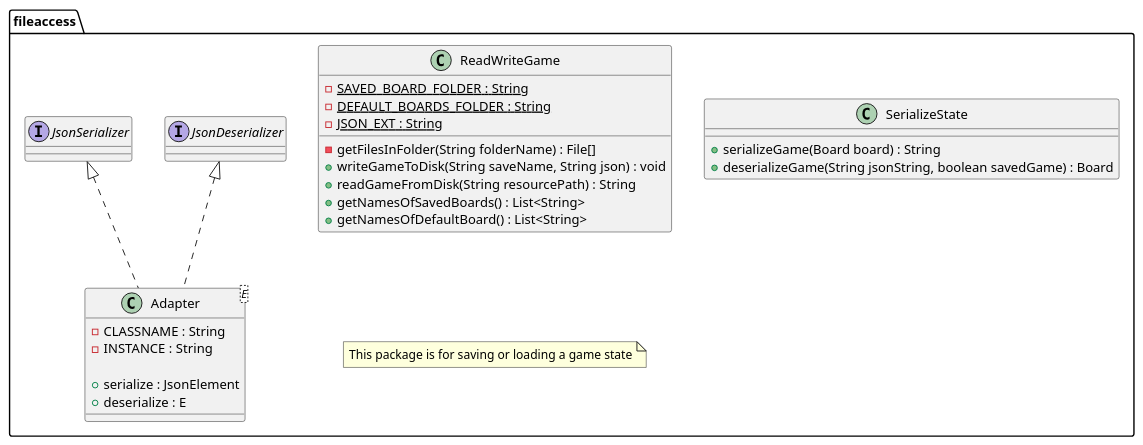
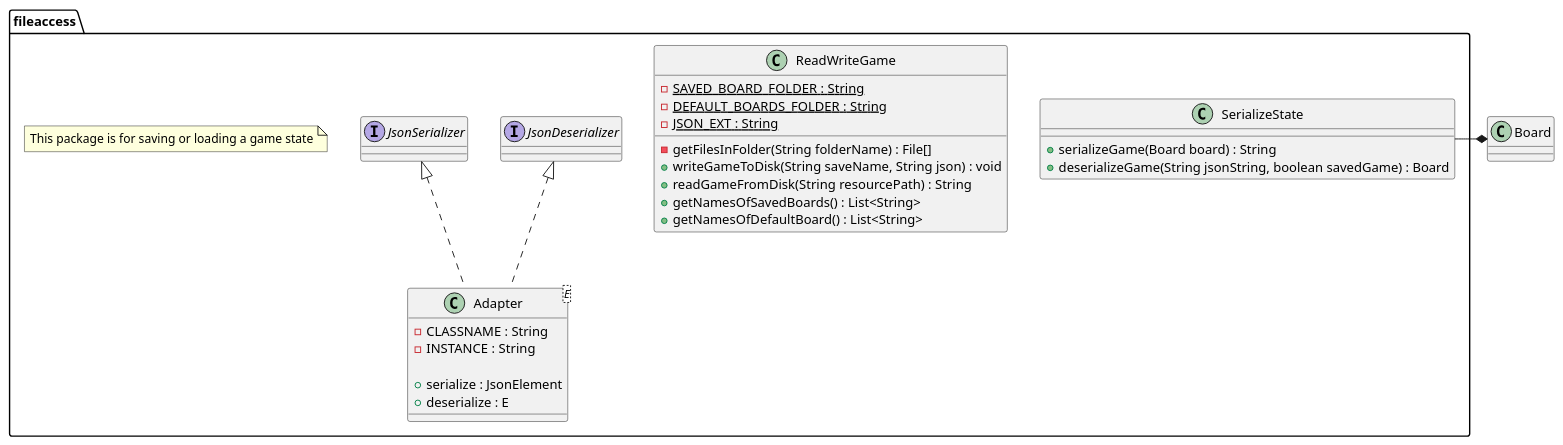
Before and after one commit to MikaelFangel/RoboRally: the diagram in diagrams/DesignClassDiagramPackageFileaccess.puml, drawn with PlantUML. The commit also changed 1 other file, not shown here.

Commit message:
Updates to diagrams.

```diff
--- a/diagrams/DesignClassDiagramPackageFileaccess.puml
+++ b/diagrams/DesignClassDiagramPackageFileaccess.puml
@@ -1,36 +1,40 @@
 @startuml
 package fileaccess{
   class Adapter<E>{
      -CLASSNAME : String
      -INSTANCE : String
 
      +serialize : JsonElement
      +deserialize : E
   }
   class ReadWriteGame{
      {Static} -SAVED_BOARD_FOLDER : String
      {Static} -DEFAULT_BOARDS_FOLDER : String
      {Static} -JSON_EXT : String
 
      -getFilesInFolder(String folderName) : File[]
      +writeGameToDisk(String saveName, String json) : void
      +readGameFromDisk(String resourcePath) : String
      +getNamesOfSavedBoards() : List<String>
      +getNamesOfDefaultBoard() : List<String>
 
   }
   interface JsonDeserializer{
   }
   interface JsonSerializer {
   }
   class SerializeState{
      +serializeGame(Board board) : String
      +deserializeGame(String jsonString, boolean savedGame) : Board
   }
 
+  note "This package is for saving or loading a game state" as note1
+}
 
 JsonDeserializer <|.. Adapter
 JsonSerializer <|.. Adapter
+Board *-l- SerializeState
 
-note "This package is for saving or loading a game state" as note1
+
+
 @enduml
```
